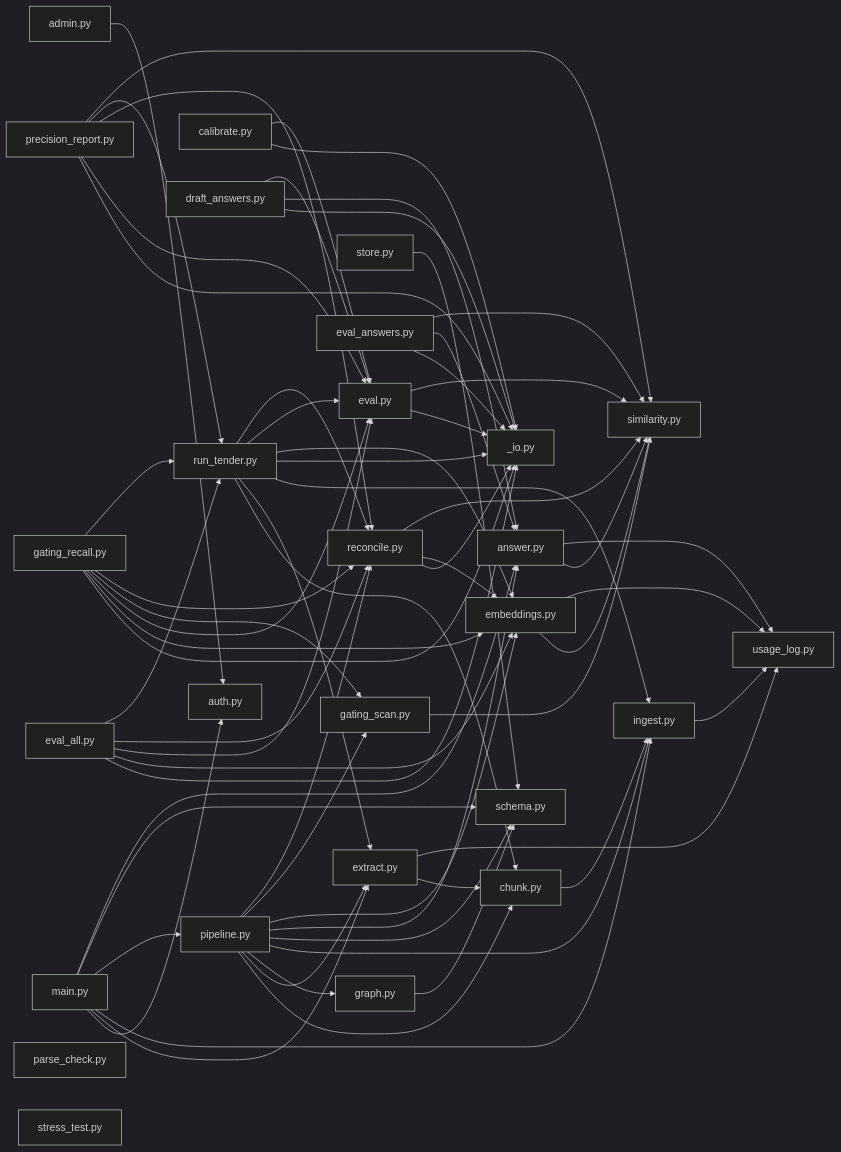
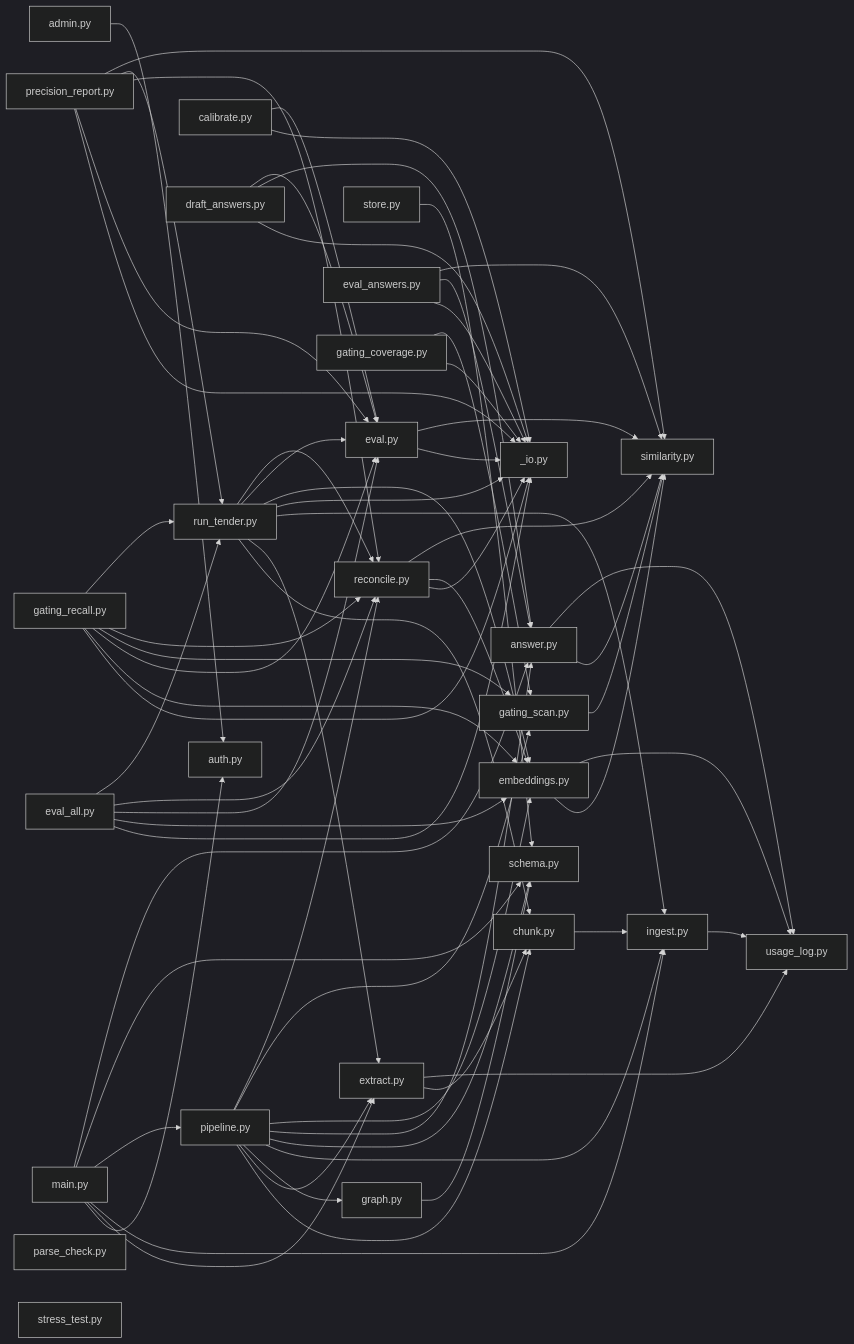
The third of 3 diagrams in CODEMAP.md (Welddevelopment/Bidframe), drawn with Mermaid (dark theme) before and after one commit. The commit also changed other lines of this file and 4 other files, not shown here.

First line of the commit message:
feat(gating): harden UK public-sector taxonomy + add standing coverage diagnostic

````diff
--- a/CODEMAP.md
+++ b/CODEMAP.md
@@ -282,68 +282,70 @@
 ```mermaid
 graph LR
   n0[admin.py] --> n1[auth.py]
   n2[chunk.py] --> n3[ingest.py]
   n4[extract.py] --> n2[chunk.py]
   n4[extract.py] --> n5[usage_log.py]
   n6[graph.py] --> n7[schema.py]
   n3[ingest.py] --> n5[usage_log.py]
   n8[main.py] --> n1[auth.py]
   n8[main.py] --> n4[extract.py]
   n8[main.py] --> n3[ingest.py]
   n8[main.py] --> n9[pipeline.py]
   n8[main.py] --> n7[schema.py]
   n8[main.py] --> n10[answer.py]
   n9[pipeline.py] --> n2[chunk.py]
   n9[pipeline.py] --> n4[extract.py]
   n9[pipeline.py] --> n6[graph.py]
   n9[pipeline.py] --> n3[ingest.py]
   n9[pipeline.py] --> n7[schema.py]
   n9[pipeline.py] --> n10[answer.py]
   n9[pipeline.py] --> n11[embeddings.py]
   n9[pipeline.py] --> n12[gating_scan.py]
   n9[pipeline.py] --> n13[reconcile.py]
   n14[store.py] --> n7[schema.py]
   n10[answer.py] --> n15[similarity.py]
   n10[answer.py] --> n5[usage_log.py]
   n11[embeddings.py] --> n15[similarity.py]
   n11[embeddings.py] --> n5[usage_log.py]
   n16[eval.py] --> n17[_io.py]
   n16[eval.py] --> n15[similarity.py]
   n18[eval_answers.py] --> n17[_io.py]
   n18[eval_answers.py] --> n10[answer.py]
   n18[eval_answers.py] --> n15[similarity.py]
   n12[gating_scan.py] --> n15[similarity.py]
   n13[reconcile.py] --> n17[_io.py]
   n13[reconcile.py] --> n11[embeddings.py]
   n13[reconcile.py] --> n15[similarity.py]
   n19[calibrate.py] --> n17[_io.py]
   n19[calibrate.py] --> n16[eval.py]
   n20[draft_answers.py] --> n17[_io.py]
   n20[draft_answers.py] --> n10[answer.py]
   n20[draft_answers.py] --> n16[eval.py]
   n21[eval_all.py] --> n17[_io.py]
   n21[eval_all.py] --> n11[embeddings.py]
   n21[eval_all.py] --> n16[eval.py]
   n21[eval_all.py] --> n13[reconcile.py]
   n21[eval_all.py] --> n22[run_tender.py]
-  n23[gating_recall.py] --> n17[_io.py]
-  n23[gating_recall.py] --> n11[embeddings.py]
-  n23[gating_recall.py] --> n16[eval.py]
-  n23[gating_recall.py] --> n12[gating_scan.py]
-  n23[gating_recall.py] --> n13[reconcile.py]
-  n23[gating_recall.py] --> n22[run_tender.py]
-  n24[precision_report.py] --> n17[_io.py]
-  n24[precision_report.py] --> n16[eval.py]
-  n24[precision_report.py] --> n13[reconcile.py]
-  n24[precision_report.py] --> n22[run_tender.py]
-  n24[precision_report.py] --> n15[similarity.py]
+  n23[gating_coverage.py] --> n17[_io.py]
+  n23[gating_coverage.py] --> n12[gating_scan.py]
+  n24[gating_recall.py] --> n17[_io.py]
+  n24[gating_recall.py] --> n11[embeddings.py]
+  n24[gating_recall.py] --> n16[eval.py]
+  n24[gating_recall.py] --> n12[gating_scan.py]
+  n24[gating_recall.py] --> n13[reconcile.py]
+  n24[gating_recall.py] --> n22[run_tender.py]
+  n25[precision_report.py] --> n17[_io.py]
+  n25[precision_report.py] --> n16[eval.py]
+  n25[precision_report.py] --> n13[reconcile.py]
+  n25[precision_report.py] --> n22[run_tender.py]
+  n25[precision_report.py] --> n15[similarity.py]
   n22[run_tender.py] --> n2[chunk.py]
   n22[run_tender.py] --> n4[extract.py]
   n22[run_tender.py] --> n3[ingest.py]
   n22[run_tender.py] --> n17[_io.py]
   n22[run_tender.py] --> n11[embeddings.py]
   n22[run_tender.py] --> n16[eval.py]
   n22[run_tender.py] --> n13[reconcile.py]
-  n25[parse_check.py]
-  n26[stress_test.py]
+  n26[parse_check.py]
+  n27[stress_test.py]
 ```
````
